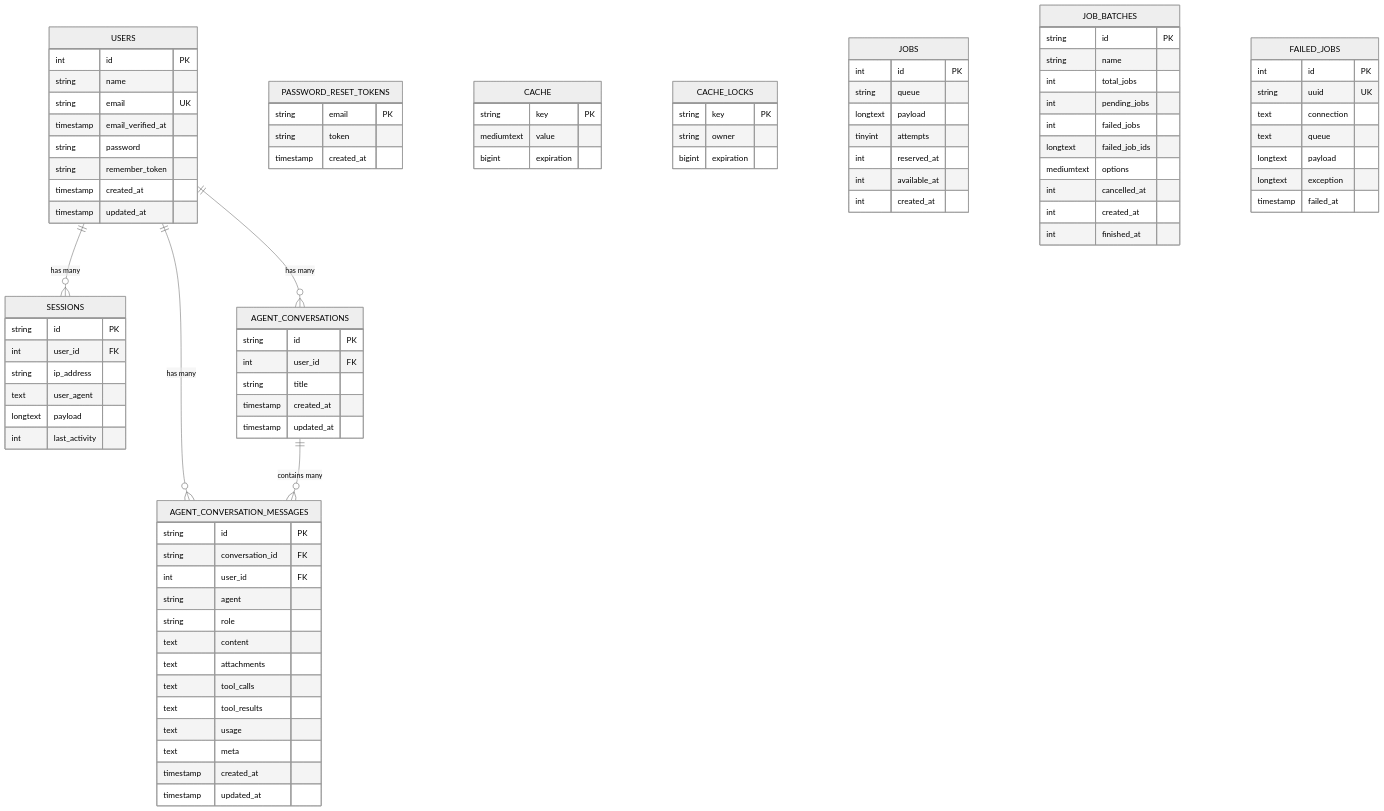
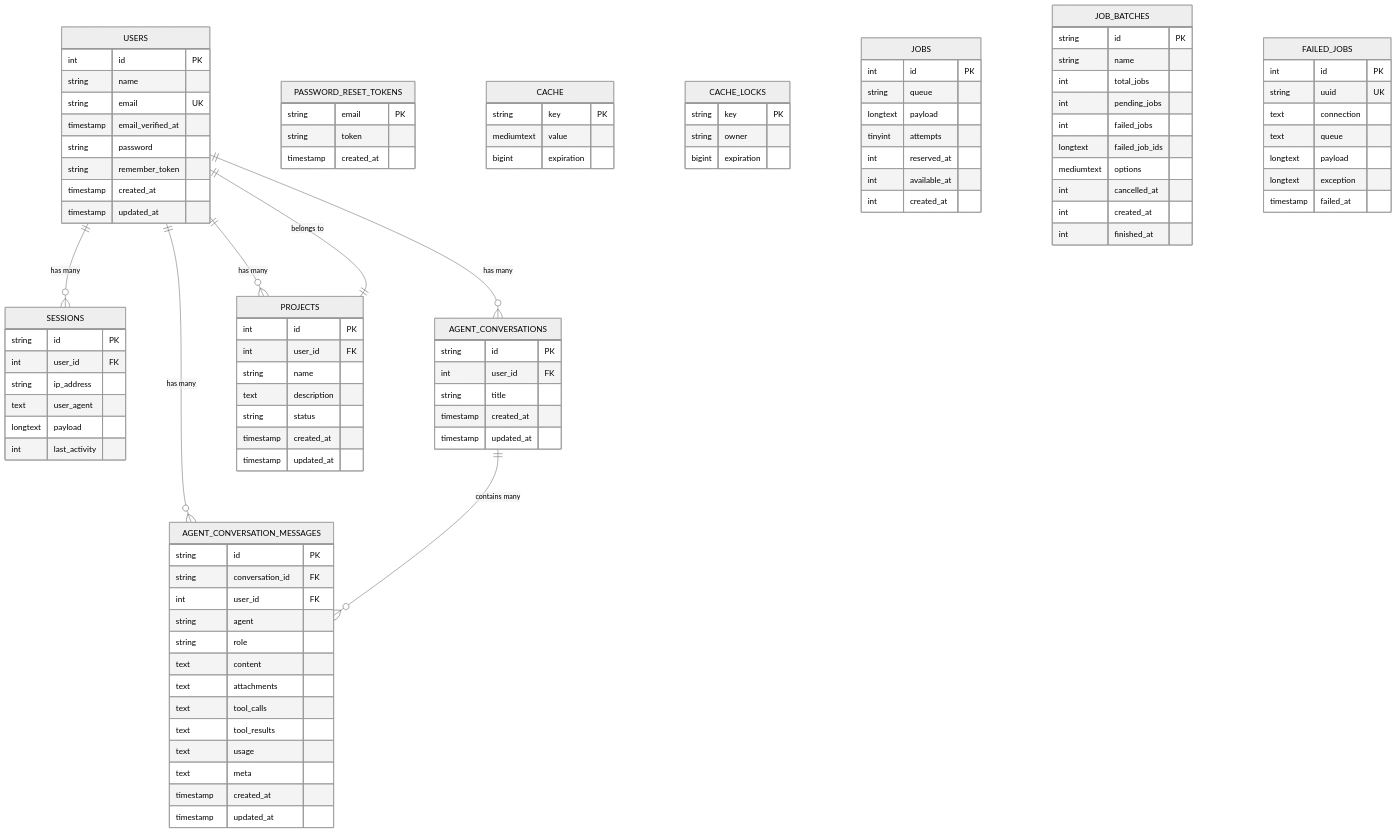
The second of 7 diagrams in .qoder/repowiki/en/content/Database and Data Management/Database Schema Design.md (siimliimand/laravel-assistant), drawn with Mermaid (neutral theme) before and after one commit. The commit also changed other lines of this file and 6 other files, not shown here.

First line of the commit message:
feat(database): add project management schema with ownership and status tracking

````diff
--- a/.qoder/repowiki/en/content/Database and Data Management/Database Schema Design.md
+++ b/.qoder/repowiki/en/content/Database and Data Management/Database Schema Design.md
@@ -414,8 +478,19 @@
 timestamp created_at
 timestamp updated_at
 }
+PROJECTS {
+int id PK
+int user_id FK
+string name
+text description
+string status
+timestamp created_at
+timestamp updated_at
+}
 USERS ||--o{ SESSIONS : "has many"
 USERS ||--o{ AGENT_CONVERSATIONS : "has many"
 USERS ||--o{ AGENT_CONVERSATION_MESSAGES : "has many"
+USERS ||--o{ PROJECTS : "has many"
 AGENT_CONVERSATIONS ||--o{ AGENT_CONVERSATION_MESSAGES : "contains many"
+PROJECTS ||--|| USERS : "belongs to"
 ```
````
